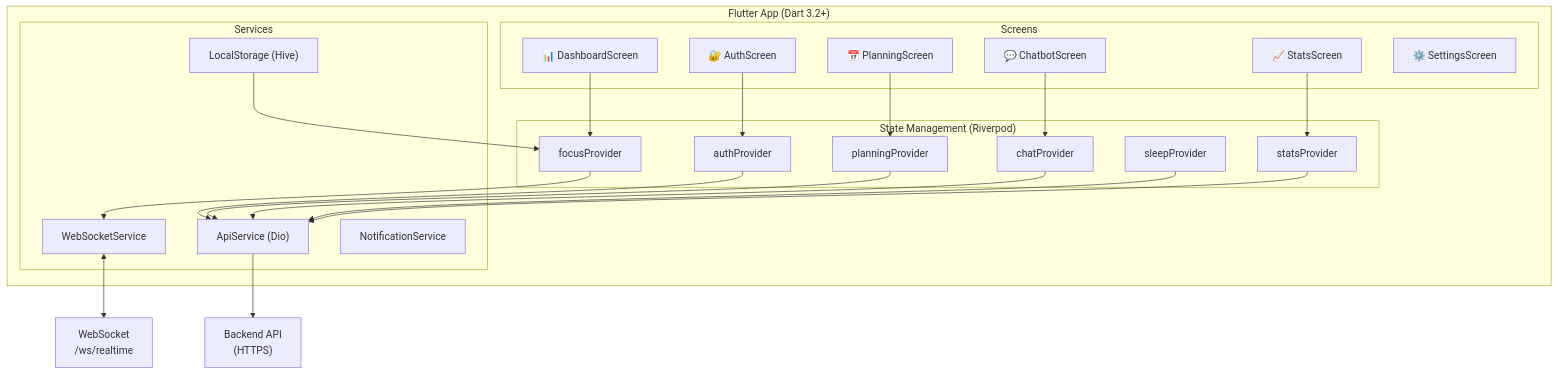
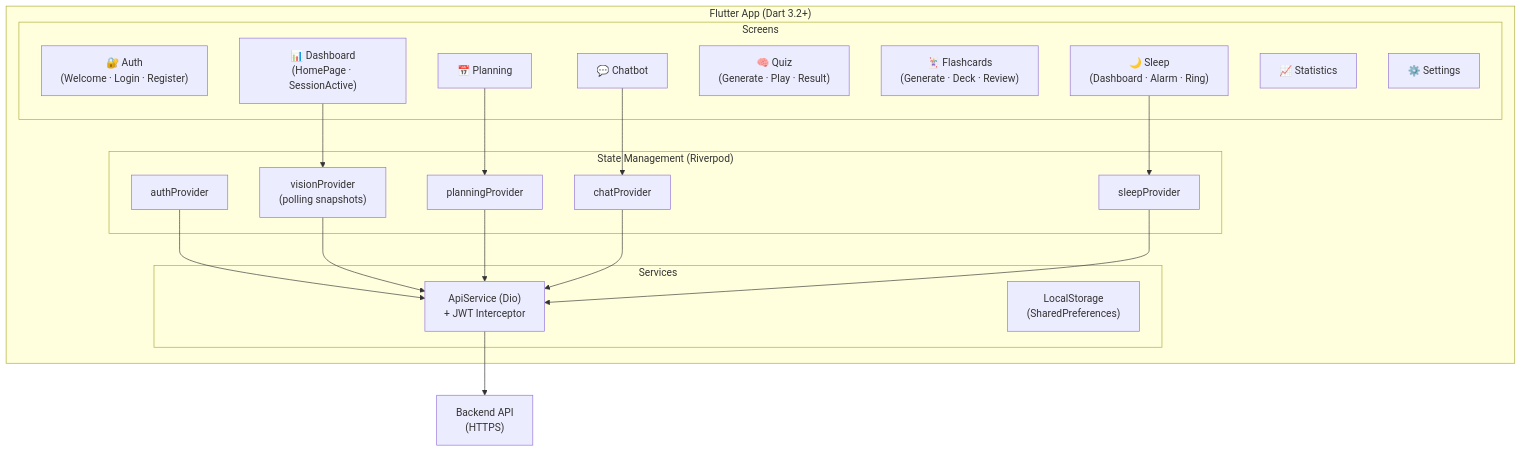
Before and after one commit to Jkacem/smart_focus: the fourth of 6 diagrams in docs/Conception_Architecture_Systeme.md, drawn with Mermaid. The commit also changed other lines of this file and 93 other files, not shown here.

````diff
--- a/docs/Conception_Architecture_Systeme.md
+++ b/docs/Conception_Architecture_Systeme.md
@@ -161,46 +137,42 @@
 ```mermaid
 graph TB
     subgraph FLUTTER["Flutter App (Dart 3.2+)"]
         subgraph SCREENS["Screens"]
-            SC1["🔐 AuthScreen"]
-            SC2["📊 DashboardScreen"]
-            SC3["📅 PlanningScreen"]
-            SC4["💬 ChatbotScreen"]
-            SC5["📈 StatsScreen"]
-            SC6["⚙️ SettingsScreen"]
+            SC1["🔐 Auth\n(Welcome · Login · Register)"]
+            SC2["📊 Dashboard\n(HomePage · SessionActive)"]
+            SC3["📅 Planning"]
+            SC4["💬 Chatbot"]
+            SC5["🧠 Quiz\n(Generate · Play · Result)"]
+            SC6["🃏 Flashcards\n(Generate · Deck · Review)"]
+            SC7["🌙 Sleep\n(Dashboard · Alarm · Ring)"]
+            SC8["📈 Statistics"]
+            SC9["⚙️ Settings"]
         end
 
         subgraph STATE["State Management (Riverpod)"]
             P1["authProvider"]
-            P2["focusProvider"]
+            P2["visionProvider\n(polling snapshots)"]
             P3["planningProvider"]
             P4["chatProvider"]
             P5["sleepProvider"]
-            P6["statsProvider"]
         end
 
         subgraph SERVICES_FL["Services"]
-            API_SVC["ApiService (Dio)"]
-            WS_SVC["WebSocketService"]
-            LOCAL["LocalStorage (Hive)"]
-            NOTIF["NotificationService"]
+            API_SVC["ApiService (Dio)\n+ JWT Interceptor"]
+            LOCAL["LocalStorage\n(SharedPreferences)"]
         end
     end
 
-    SC1 --> P1
     SC2 --> P2
     SC3 --> P3
     SC4 --> P4
-    SC5 --> P6
+    SC7 --> P5
 
     P1 --> API_SVC
-    P2 --> WS_SVC
+    P2 --> API_SVC
     P3 --> API_SVC
     P4 --> API_SVC
     P5 --> API_SVC
-    P6 --> API_SVC
 
     API_SVC --> BACKEND_API["Backend API\n(HTTPS)"]
-    WS_SVC <--> BACKEND_WS["WebSocket\n/ws/realtime"]
-    LOCAL --> P2
 ```
````
